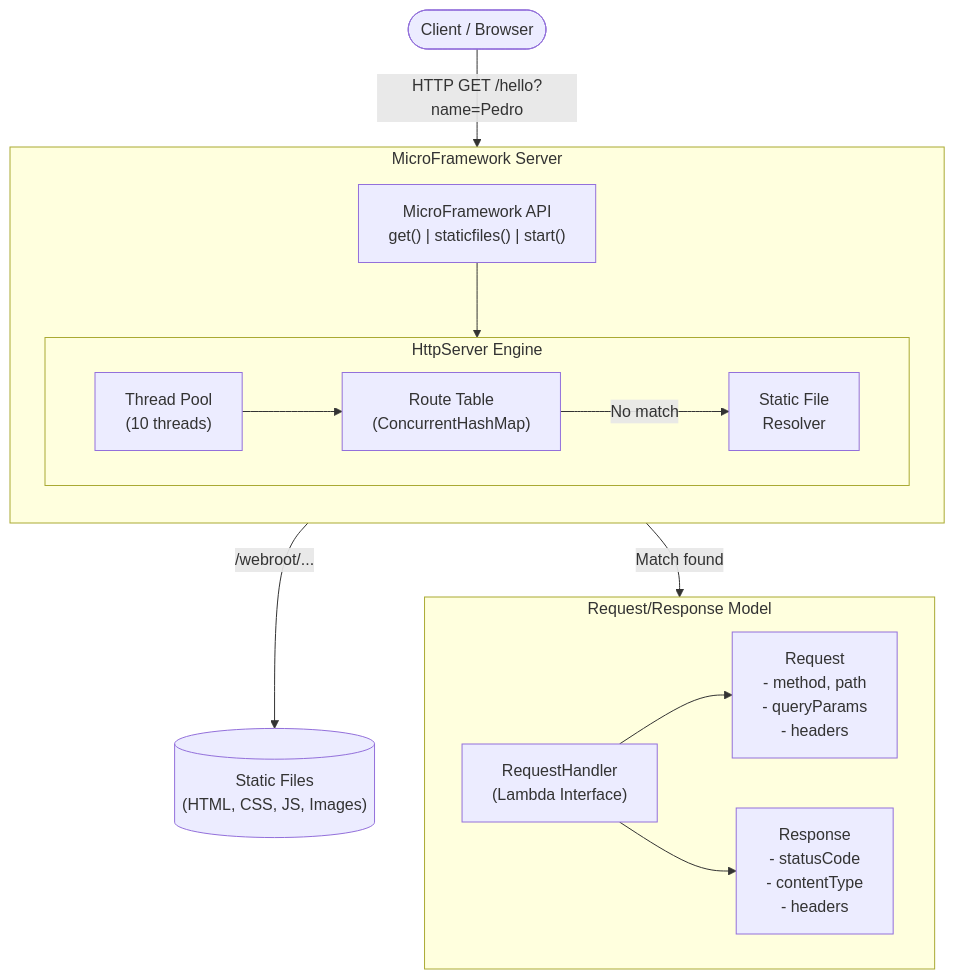
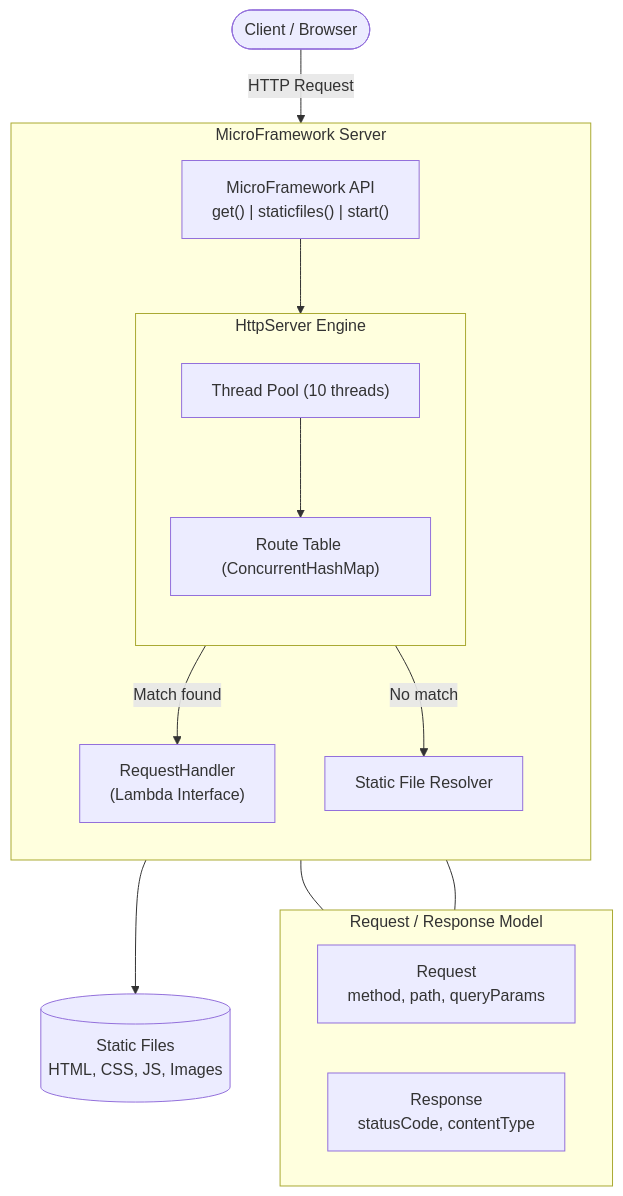
The second of 2 diagrams in README.md (AREP-2026-1/Taller-arquitectura), drawn with Mermaid before and after one commit.

Commit message:
docs: reorganize component diagram for clearer flow
- Linear top-to-bottom flow: Client -> API -> ThreadPool -> Router
- Router branches: Match -> Handler, No match -> Static Resolver
- Request/Response model grouped below the handler
- All subgraphs use TB direction for consistent vertical flow
- Removed \n escapes causing rendering issues

````diff
--- a/README.md
+++ b/README.md
@@ -67,33 +67,36 @@
 ```mermaid
 flowchart TB
-    Client([Client / Browser])
+    Client(["Client / Browser"])
 
-    subgraph MicroFramework["MicroFramework Server"]
+    Client -->|HTTP Request| API
+
+    subgraph Server ["MicroFramework Server"]
         direction TB
-        API["MicroFramework API\nget() | staticfiles() | start()"]
+        API["MicroFramework API
+        get() | staticfiles() | start()"]
+        API --> TP
 
-        subgraph HttpServer["HttpServer Engine"]
-            direction LR
-            TP["Thread Pool\n(10 threads)"]
-            Router["Route Table\n(ConcurrentHashMap)"]
-            StaticResolver["Static File\nResolver"]
+        subgraph Engine ["HttpServer Engine"]
+            direction TB
+            TP["Thread Pool (10 threads)"]
+            TP --> Router
+            Router["Route Table (ConcurrentHashMap)"]
         end
 
-        API --> HttpServer
+        Router -->|Match found| Handler
+        Router -->|No match| StaticResolver["Static File Resolver"]
     end
 
-    subgraph Models["Request/Response Model"]
+    subgraph Model ["Request / Response Model"]
         direction LR
-        Req["Request\n- method, path\n- queryParams\n- headers"]
-        Res["Response\n- statusCode\n- contentType\n- headers"]
-        Handler["RequestHandler\n(Lambda Interface)"]
+        Handler["RequestHandler
+        (Lambda Interface)"]
+        Handler --- Req["Request
+        method, path, queryParams"]
+        Handler --- Res["Response
+        statusCode, contentType"]
     end
 
-    Client -->|"HTTP GET /hello?name=Pedro"| TP
-    TP --> Router
-    Router -->|"Match found"| Handler
-    Router -->|"No match"| StaticResolver
-    Handler --> Req
-    Handler --> Res
-    StaticResolver -->|"/webroot/..."| Static[("Static Files\n(HTML, CSS, JS, Images)")]
+    StaticResolver --> Static[("Static Files
+    HTML, CSS, JS, Images")]
 ```
````
